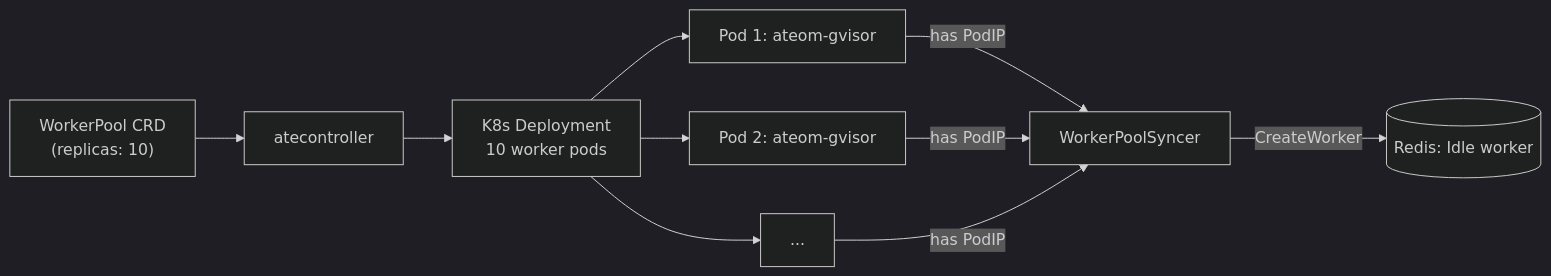
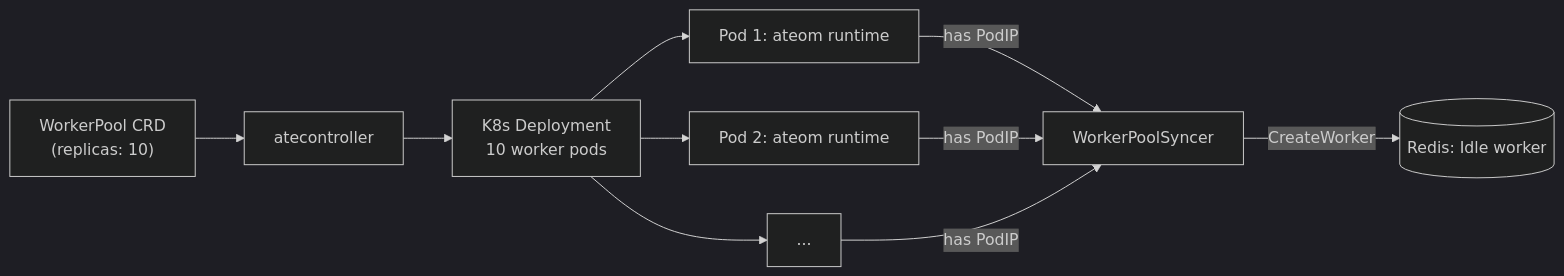
Before and after one commit to christian-posta/substrate: the third of 3 diagrams in atlas/src/content/docs/flows/worker-lifecycle.mdx, drawn with Mermaid (dark theme). The commit also changed other lines of this file and 28 other files, not shown here.

````diff
--- a/atlas/src/content/docs/flows/worker-lifecycle.mdx
+++ b/atlas/src/content/docs/flows/worker-lifecycle.mdx
@@ -114,12 +152,12 @@
 ```mermaid
 flowchart LR
   WP["WorkerPool CRD<br/>(replicas: 10)"] --> CTR[atecontroller]
   CTR --> DEP[K8s Deployment<br/>10 worker pods]
-  DEP --> P1[Pod 1: ateom-gvisor]
-  DEP --> P2[Pod 2: ateom-gvisor]
+  DEP --> P1[Pod 1: ateom runtime]
+  DEP --> P2[Pod 2: ateom runtime]
   DEP --> PN[...]
   P1 -- has PodIP --> SYNC[WorkerPoolSyncer]
   P2 -- has PodIP --> SYNC
   PN -- has PodIP --> SYNC
   SYNC -- CreateWorker --> RED[(Redis: Idle worker)]
 ```
````
